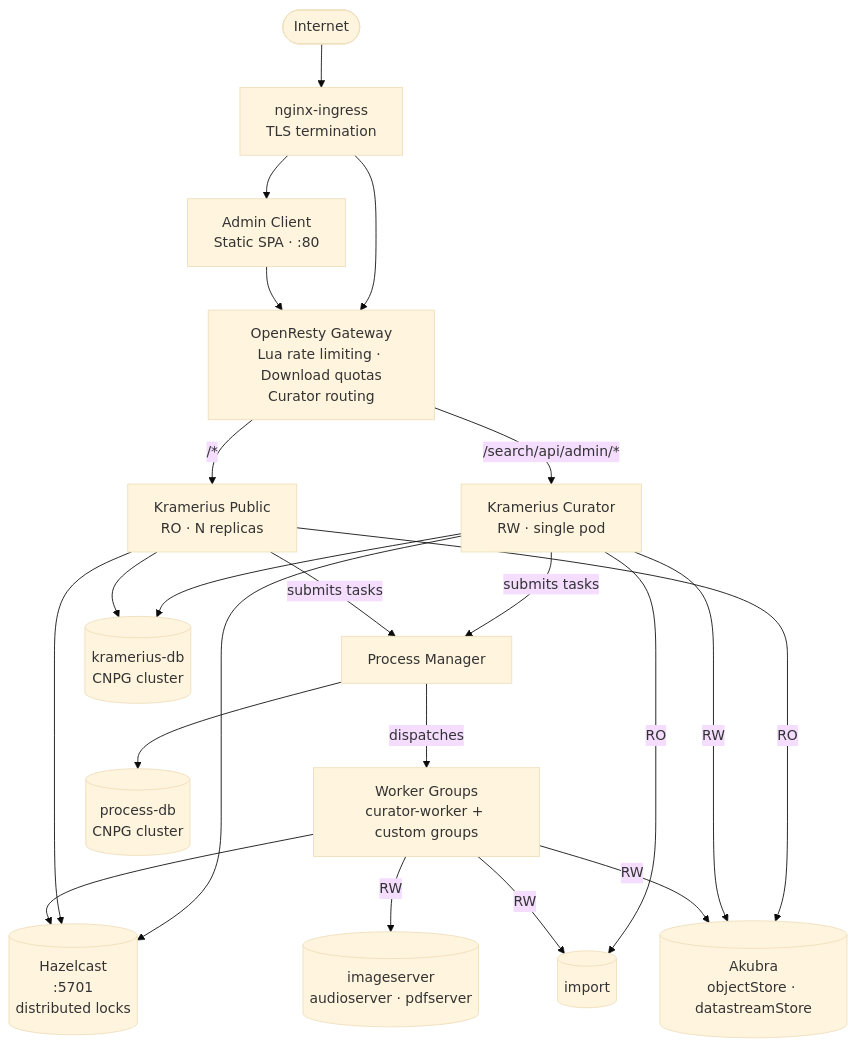
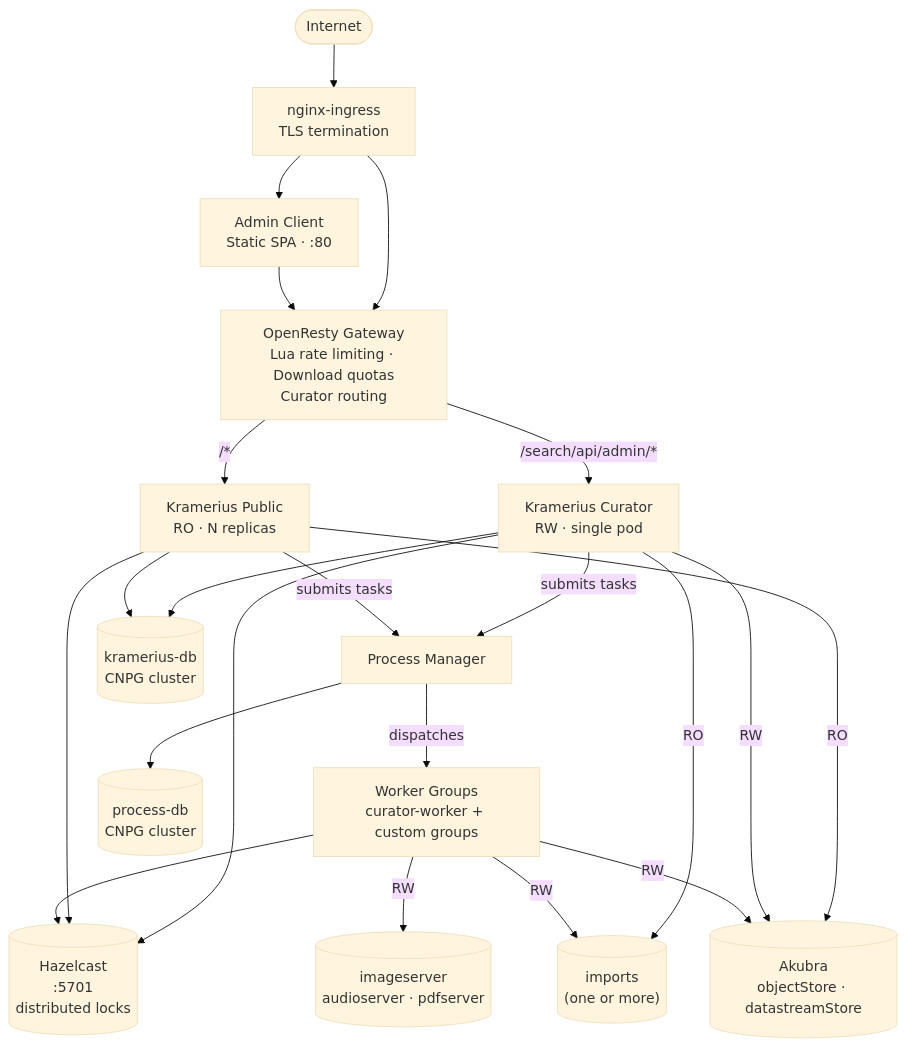
The first of 2 diagrams in README.md (rrandiak/kramerius-helm-chart), drawn with Mermaid (base theme) before and after one commit. The commit also changed other lines of this file and 10 other files, not shown here.

````diff
--- a/README.md
+++ b/README.md
@@ -21,38 +21,38 @@
 ```mermaid
 flowchart TD
     Internet([Internet])
     Ingress["nginx-ingress\nTLS termination"]
     Gateway["OpenResty Gateway\nLua rate limiting · Download quotas\nCurator routing"]
     AdminClient["Admin Client\nStatic SPA · :80"]
     Curator["Kramerius Curator\nRW · single pod"]
     Public["Kramerius Public\nRO · N replicas"]
     ProcessMgr["Process Manager"]
     Workers["Worker Groups\ncurator-worker + custom groups"]
     Hazelcast[("Hazelcast\n:5701\ndistributed locks")]
     KrameDB[("kramerius-db\nCNPG cluster")]
     ProcessDB[("process-db\nCNPG cluster")]
     Akubra[("Akubra\nobjectStore · datastreamStore")]
-    Import[("import")]
+    Import[("imports\n(one or more)")]
     Media[("imageserver\naudioserver · pdfserver")]
 
     Internet --> Ingress
     Ingress --> Gateway
     Ingress --> AdminClient
     AdminClient --> Gateway
     Gateway -- "/search/api/admin/*" --> Curator
     Gateway -- "/*" --> Public
     Curator -- "submits tasks" --> ProcessMgr
     Public -- "submits tasks" --> ProcessMgr
     ProcessMgr -- "dispatches" --> Workers
 
     Curator & Public & Workers --> Hazelcast
     Curator & Public --> KrameDB
     ProcessMgr --> ProcessDB
 
     Public -- "RO" --> Akubra
     Curator -- "RW" --> Akubra
     Curator -- "RO" --> Import
     Workers -- "RW" --> Akubra
     Workers -- "RW" --> Import
     Workers -- "RW" --> Media
 ```
````
